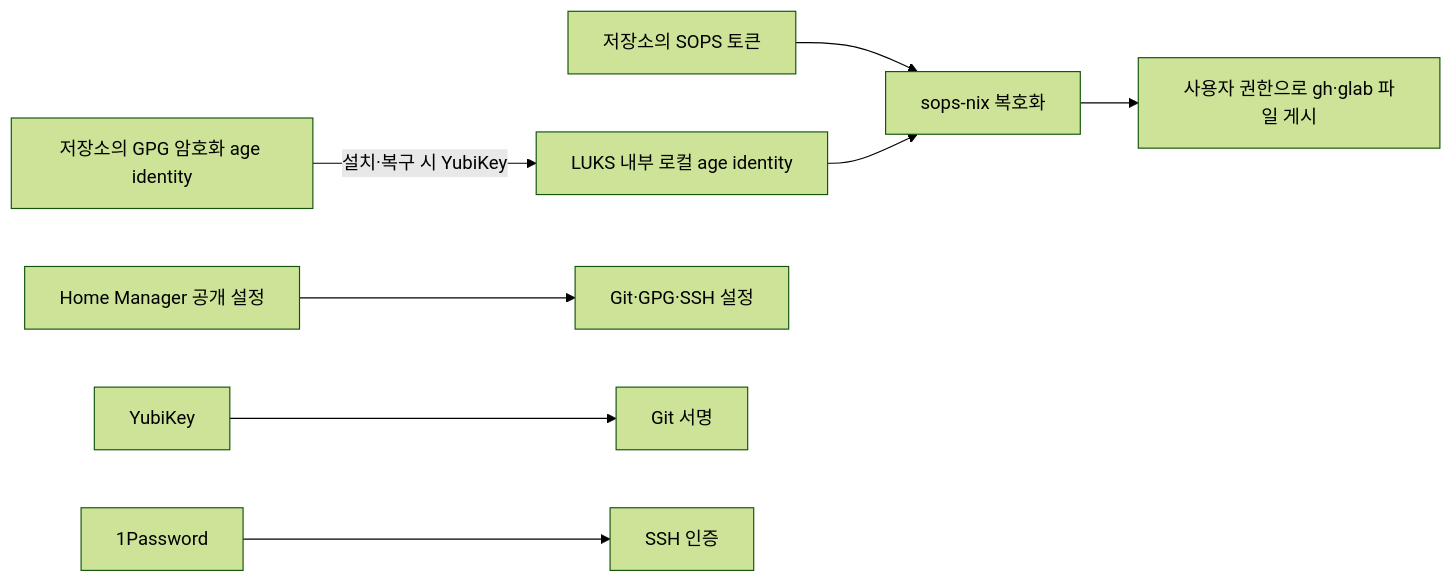
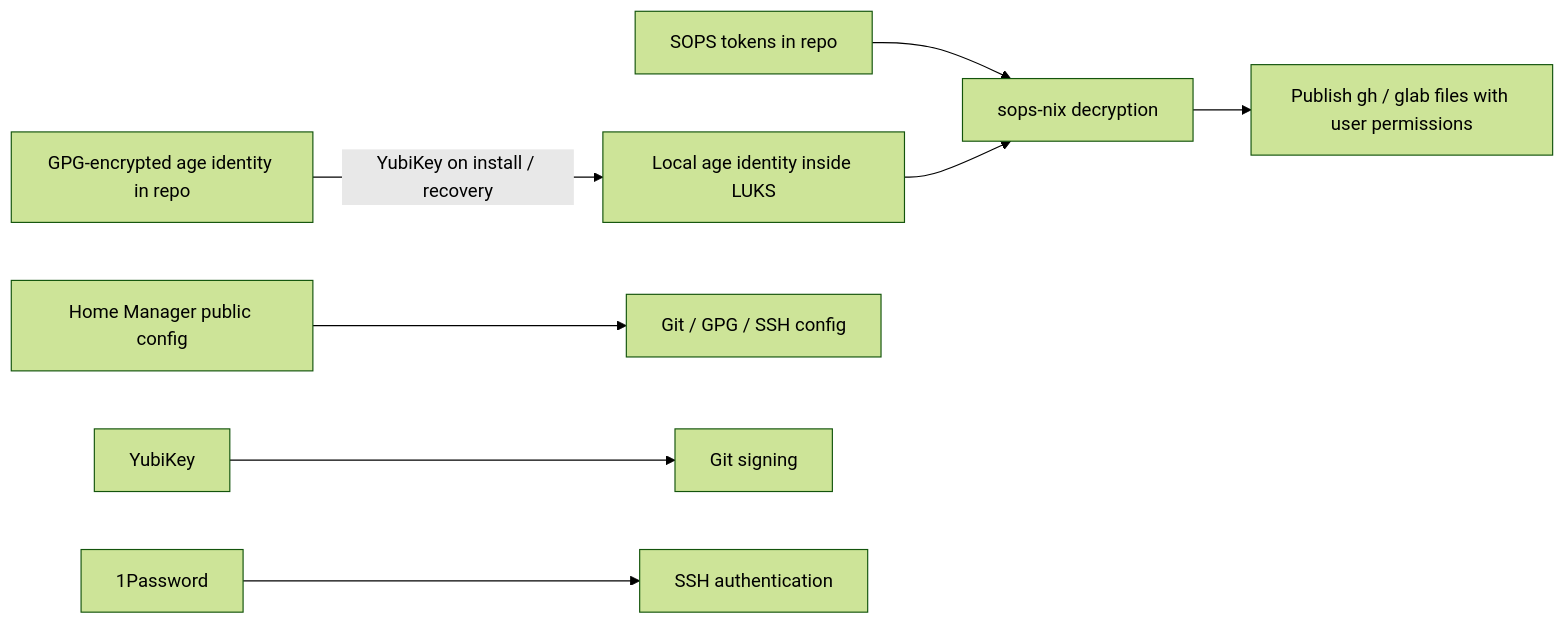
Before and after one commit to hyperlapse122/nix-config: the second of 2 diagrams in .compound-engineering/artifacts/plans/2026-09-21-0149-feat-thinkpad-nixos-declarative-environment-plan.md, drawn with Mermaid (forest theme). The commit also changed other lines of this file and 6 other files, not shown here.

````diff
--- a/.compound-engineering/artifacts/plans/2026-09-21-0149-feat-thinkpad-nixos-declarative-environment-plan.md
+++ b/.compound-engineering/artifacts/plans/2026-09-21-0149-feat-thinkpad-nixos-declarative-environment-plan.md
@@ -192,10 +192,10 @@
 ```mermaid
 flowchart LR
-    B[저장소의 GPG 암호화 age identity] -->|설치·복구 시 YubiKey| K[LUKS 내부 로컬 age identity]
-    S[저장소의 SOPS 토큰] --> D[sops-nix 복호화]
+    B[GPG-encrypted age identity in repo] -->|YubiKey on install / recovery| K[Local age identity inside LUKS]
+    S[SOPS tokens in repo] --> D[sops-nix decryption]
     K --> D
-    D --> P[사용자 권한으로 gh·glab 파일 게시]
-    H[Home Manager 공개 설정] --> G[Git·GPG·SSH 설정]
-    Y[YubiKey] --> C[Git 서명]
-    O[1Password] --> A[SSH 인증]
+    D --> P[Publish gh / glab files with user permissions]
+    H[Home Manager public config] --> G[Git / GPG / SSH config]
+    Y[YubiKey] --> C[Git signing]
+    O[1Password] --> A[SSH authentication]
 ```
````
